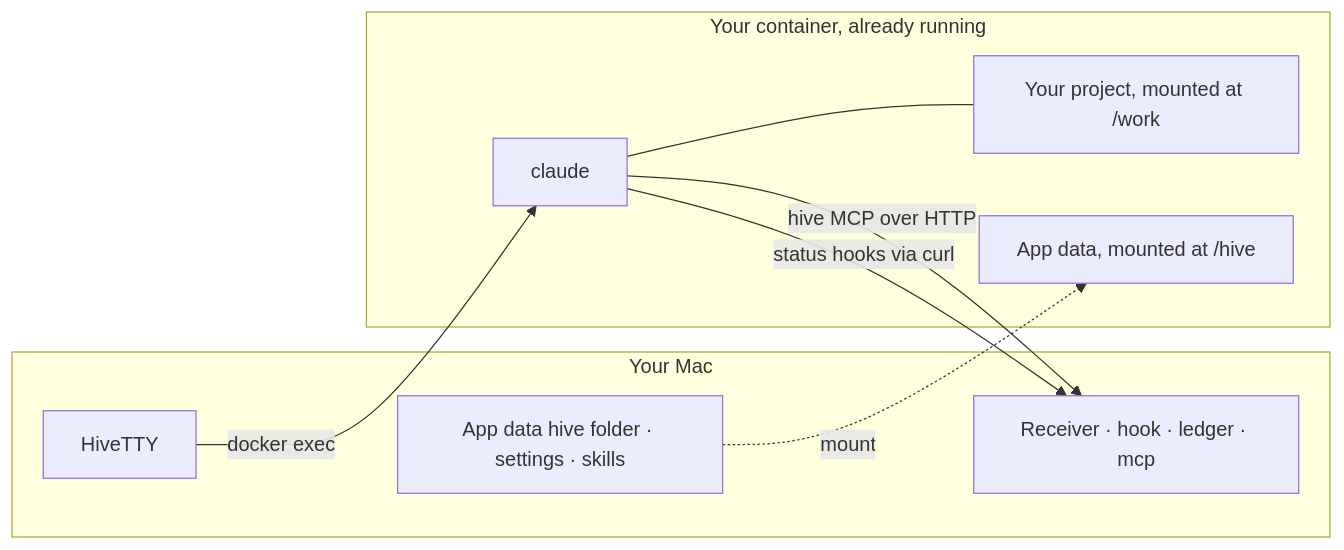
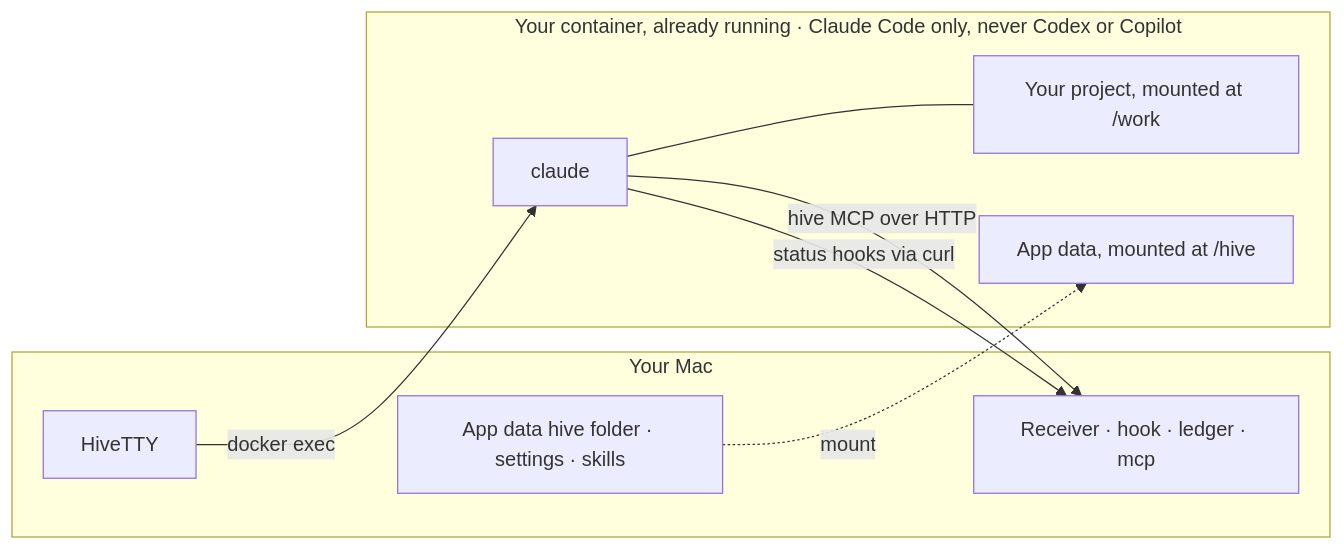
Before and after one commit to behiques/hivetty: the diagram in docs/assets/diagrams/containers.mmd, drawn with Mermaid. The commit also changed 67 other files, not shown here.

```diff
--- a/docs/assets/diagrams/containers.mmd
+++ b/docs/assets/diagrams/containers.mmd
@@ -1,16 +1,16 @@
 flowchart LR
   subgraph host [Your Mac]
     hive[HiveTTY]
     rcv[Receiver · hook · ledger · mcp]
     gen[App data hive folder · settings · skills]
   end
-  subgraph box [Your container, already running]
+  subgraph box [Your container, already running · Claude Code only, never Codex or Copilot]
     cl[claude]
     ws[Your project, mounted at /work]
     hd[App data, mounted at /hive]
   end
   hive -->|docker exec| cl
   gen -.->|mount| hd
   cl -->|status hooks via curl| rcv
   cl -->|hive MCP over HTTP| rcv
   cl --- ws
```
